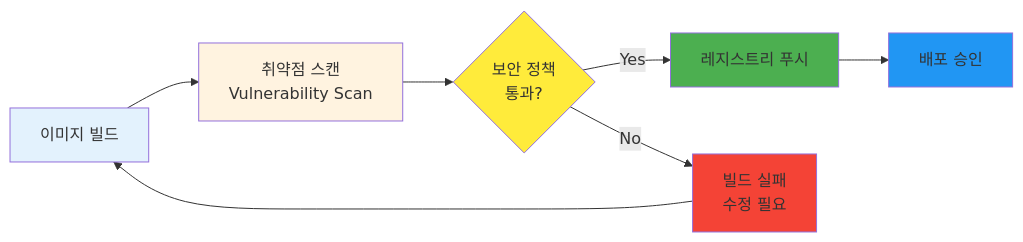
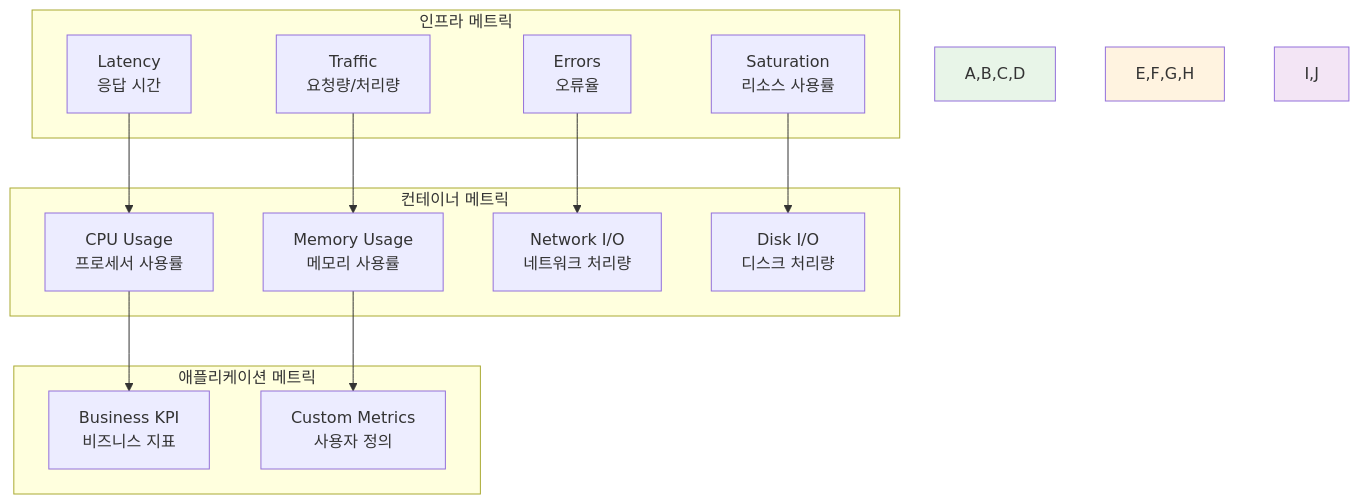
Before and after one commit to niceguy61/kdt_devops_lecture_2025: the third of 4 diagrams in theory/week_02/day3/session_1.md, drawn with Mermaid. The commit also changed other lines of this file and 70 other files, not shown here.

````diff
--- a/theory/week_02/day3/session_1.md
+++ b/theory/week_02/day3/session_1.md
@@ -73,16 +107,32 @@
 ```mermaid
-graph LR
-    A[이미지 빌드] --> B[취약점 스캔<br/>Vulnerability Scan]
-    B --> C{보안 정책<br/>통과?}
-    C -->|Yes| D[레지스트리 푸시]
-    C -->|No| E[빌드 실패<br/>수정 필요]
-    E --> A
-    D --> F[배포 승인]
+graph TB
+    subgraph "인프라 메트릭"
+        A[Latency<br/>응답 시간]
+        B[Traffic<br/>요청량/처리량]
+        C[Errors<br/>오류율]
+        D[Saturation<br/>리소스 사용률]
+    end
     
-    style A fill:#e3f2fd
-    style B fill:#fff3e0
-    style C fill:#ffeb3b
-    style D fill:#4caf50
-    style E fill:#f44336
-    style F fill:#2196f3
+    subgraph "컨테이너 메트릭"
+        E[CPU Usage<br/>프로세서 사용률]
+        F[Memory Usage<br/>메모리 사용률]
+        G[Network I/O<br/>네트워크 처리량]
+        H[Disk I/O<br/>디스크 처리량]
+    end
+    
+    subgraph "애플리케이션 메트릭"
+        I[Business KPI<br/>비즈니스 지표]
+        J[Custom Metrics<br/>사용자 정의]
+    end
+    
+    A --> E
+    B --> F
+    C --> G
+    D --> H
+    E --> I
+    F --> J
+    
+    style A,B,C,D fill:#e8f5e8
+    style E,F,G,H fill:#fff3e0
+    style I,J fill:#f3e5f5
 ```
````
